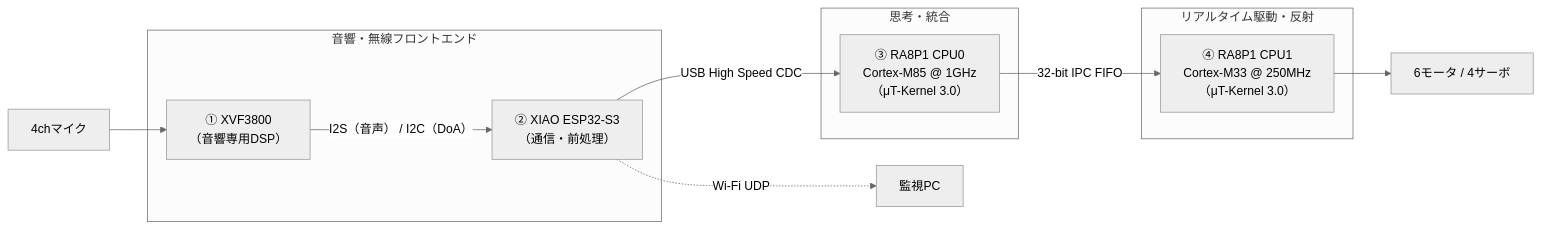
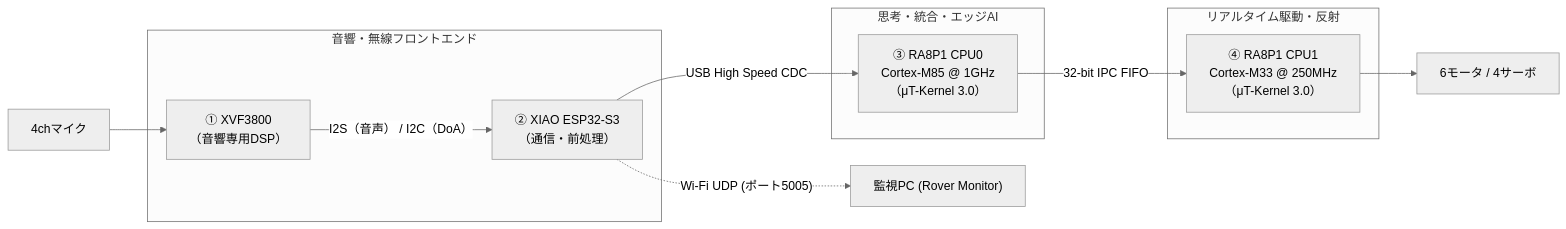
The first of 2 diagrams in docs/textbook/03_system_architecture.md (horned128/sound-exploration-rover), drawn with Mermaid (neutral theme) before and after one commit. The commit also changed other lines of this file and 20 other files, not shown here.

````diff
--- a/docs/textbook/03_system_architecture.md
+++ b/docs/textbook/03_system_architecture.md
@@ -11,22 +11,22 @@
 ```mermaid
 flowchart LR
     subgraph HEAD["音響・無線フロントエンド"]
         XVF["① XVF3800<br/>（音響専用DSP）"]
         ESP["② XIAO ESP32-S3<br/>（通信・前処理）"]
     end
 
-    subgraph BRAIN["思考・統合"]
+    subgraph BRAIN["思考・統合・エッジAI"]
         C0["③ RA8P1 CPU0<br/>Cortex-M85 @ 1GHz<br/>（μT-Kernel 3.0）"]
     end
 
     subgraph MUSCLE["リアルタイム駆動・反射"]
         C1["④ RA8P1 CPU1<br/>Cortex-M33 @ 250MHz<br/>（μT-Kernel 3.0）"]
     end
 
     MICS["4chマイク"] --> XVF
     XVF -->|"I2S（音声） / I2C（DoA）"| ESP
     ESP -->|"USB High Speed CDC"| C0
     C0 -->|"32-bit IPC FIFO"| C1
     C1 --> MOTORS["6モータ / 4サーボ"]
-    ESP -.->|"Wi-Fi UDP"| PC["監視PC"]
+    ESP -.->|"Wi-Fi UDP (ポート5005)"| PC["監視PC (Rover Monitor)"]
 ```
````
